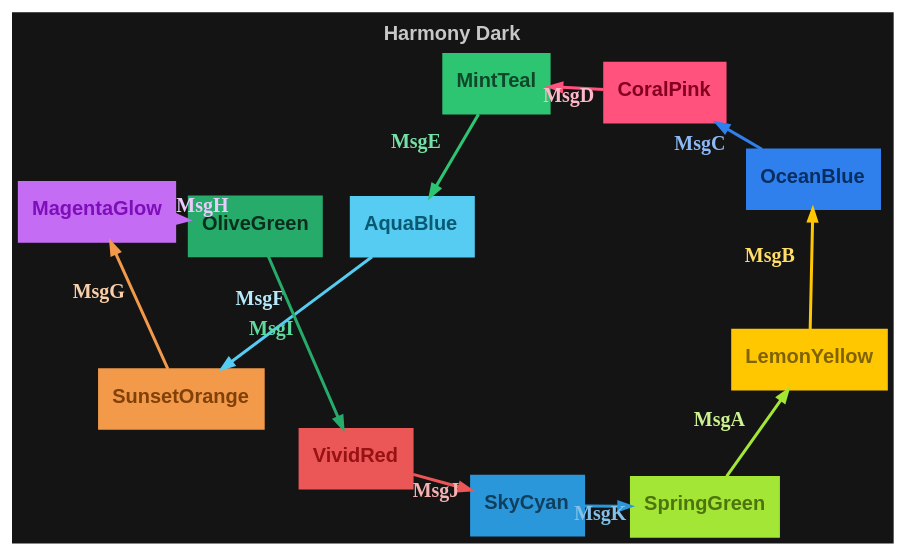
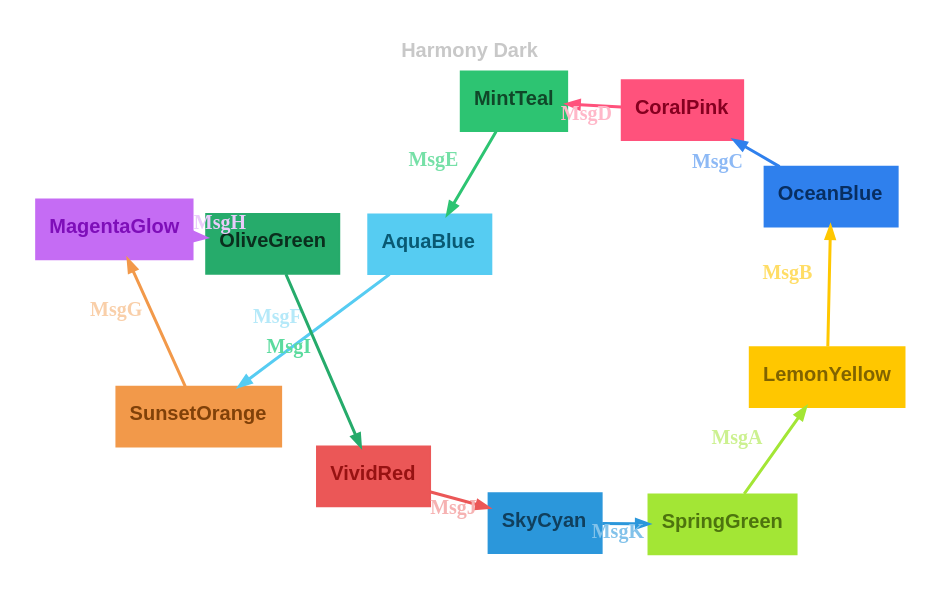
Before and after one commit to m-bock/purescript-transit: the diagram in renders/themes/harmony-dark.dot, drawn with Graphviz. The commit also changed 40 other files, not shown here.

```diff
--- a/renders/themes/harmony-dark.dot
+++ b/renders/themes/harmony-dark.dot
@@ -1,27 +1,27 @@
 digraph 
 {
-rankdir = "TD";fontname = "Arial";label = <<b>Harmony Dark</b>>;labelloc = "t";fontsize = 12;bgcolor = "#141414";color = "#c8c8c8";fontcolor = "#c8c8c8"
+rankdir = "TD";fontname = "Arial";label = <<b>Harmony Dark</b>>;labelloc = "t";fontsize = 12;bgcolor = "#00000000";color = "#c8c8c8";fontcolor = "#c8c8c8";pad = 0.2
 graph [layout=sfdp;overlap=false, K=2.5, repulsiveforce=4, splines=true];
 SpringGreen [shape = "box", label = <<b>SpringGreen</b>>, fontsize = 12, style = "filled", fillcolor = "#a3e635", fontcolor = "#4d740e", color = "#a3e635", fontname = "Arial", labelloc = "c", penwidth = 1.0]
 SpringGreen -> LemonYellow [color = "#a3e635", fontcolor = "#ccf190", fontsize = 12, arrowsize = "0.7", label = <<b>MsgA</b>>, penwidth = 1.8]
 LemonYellow [shape = "box", label = <<b>LemonYellow</b>>, fontsize = 12, style = "filled", fillcolor = "#ffc700", fontcolor = "#806300", color = "#ffc700", fontname = "Arial", labelloc = "c", penwidth = 1.0]
 LemonYellow -> OceanBlue [color = "#ffc700", fontcolor = "#ffdd66", fontsize = 12, arrowsize = "0.7", label = <<b>MsgB</b>>, penwidth = 1.8]
 OceanBlue [shape = "box", label = <<b>OceanBlue</b>>, fontsize = 12, style = "filled", fillcolor = "#2f80ed", fontcolor = "#082e61", color = "#2f80ed", fontname = "Arial", labelloc = "c", penwidth = 1.0]
 OceanBlue -> CoralPink [color = "#2f80ed", fontcolor = "#8db9f5", fontsize = 12, arrowsize = "0.7", label = <<b>MsgC</b>>, penwidth = 1.8]
 CoralPink [shape = "box", label = <<b>CoralPink</b>>, fontsize = 12, style = "filled", fillcolor = "#ff527c", fontcolor = "#850020", color = "#ff527c", fontname = "Arial", labelloc = "c", penwidth = 1.0]
 CoralPink -> MintTeal [color = "#ff527c", fontcolor = "#ffb8c9", fontsize = 12, arrowsize = "0.7", label = <<b>MsgD</b>>, penwidth = 1.8]
 MintTeal [shape = "box", label = <<b>MintTeal</b>>, fontsize = 12, style = "filled", fillcolor = "#2dc472", fontcolor = "#104729", color = "#2dc472", fontname = "Arial", labelloc = "c", penwidth = 1.0]
 MintTeal -> AquaBlue [color = "#2dc472", fontcolor = "#76e0a7", fontsize = 12, arrowsize = "0.7", label = <<b>MsgE</b>>, penwidth = 1.8]
 AquaBlue [shape = "box", label = <<b>AquaBlue</b>>, fontsize = 12, style = "filled", fillcolor = "#56ccf2", fontcolor = "#095973", color = "#56ccf2", fontname = "Arial", labelloc = "c", penwidth = 1.0]
 AquaBlue -> SunsetOrange [color = "#56ccf2", fontcolor = "#b5e9f9", fontsize = 12, arrowsize = "0.7", label = <<b>MsgF</b>>, penwidth = 1.8]
 SunsetOrange [shape = "box", label = <<b>SunsetOrange</b>>, fontsize = 12, style = "filled", fillcolor = "#f2994a", fontcolor = "#804109", color = "#f2994a", fontname = "Arial", labelloc = "c", penwidth = 1.0]
 SunsetOrange -> MagentaGlow [color = "#f2994a", fontcolor = "#f9cfa9", fontsize = 12, arrowsize = "0.7", label = <<b>MsgG</b>>, penwidth = 1.8]
 MagentaGlow [shape = "box", label = <<b>MagentaGlow</b>>, fontsize = 12, style = "filled", fillcolor = "#c56cf4", fontcolor = "#7e0eb9", color = "#c56cf4", fontname = "Arial", labelloc = "c", penwidth = 1.0]
 MagentaGlow -> OliveGreen [color = "#c56cf4", fontcolor = "#eacbfb", fontsize = 12, arrowsize = "0.7", label = <<b>MsgH</b>>, penwidth = 1.8]
 OliveGreen [shape = "box", label = <<b>OliveGreen</b>>, fontsize = 12, style = "filled", fillcolor = "#26ab6b", fontcolor = "#0a2e1d", color = "#26ab6b", fontname = "Arial", labelloc = "c", penwidth = 1.0]
 OliveGreen -> VividRed [color = "#26ab6b", fontcolor = "#5cdb9e", fontsize = 12, arrowsize = "0.7", label = <<b>MsgI</b>>, penwidth = 1.8]
 VividRed [shape = "box", label = <<b>VividRed</b>>, fontsize = 12, style = "filled", fillcolor = "#eb5757", fontcolor = "#971212", color = "#eb5757", fontname = "Arial", labelloc = "c", penwidth = 1.0]
 VividRed -> SkyCyan [color = "#eb5757", fontcolor = "#f6b2b2", fontsize = 12, arrowsize = "0.7", label = <<b>MsgJ</b>>, penwidth = 1.8]
 SkyCyan [shape = "box", label = <<b>SkyCyan</b>>, fontsize = 12, style = "filled", fillcolor = "#2b97db", fontcolor = "#103f5d", color = "#2b97db", fontname = "Arial", labelloc = "c", penwidth = 1.0]
 SkyCyan -> SpringGreen [color = "#2b97db", fontcolor = "#82c2ea", fontsize = 12, arrowsize = "0.7", label = <<b>MsgK</b>>, penwidth = 1.8]
 }
```
